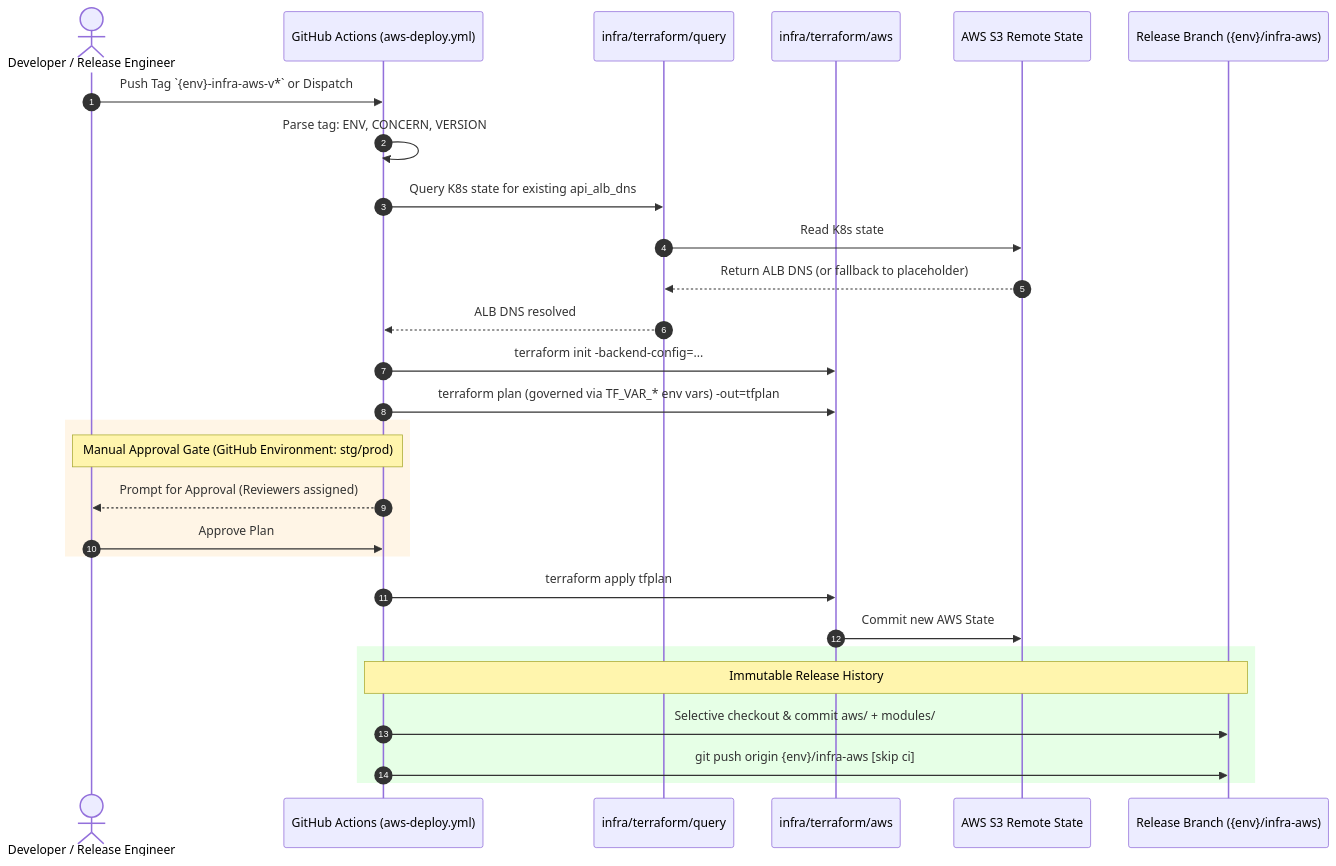
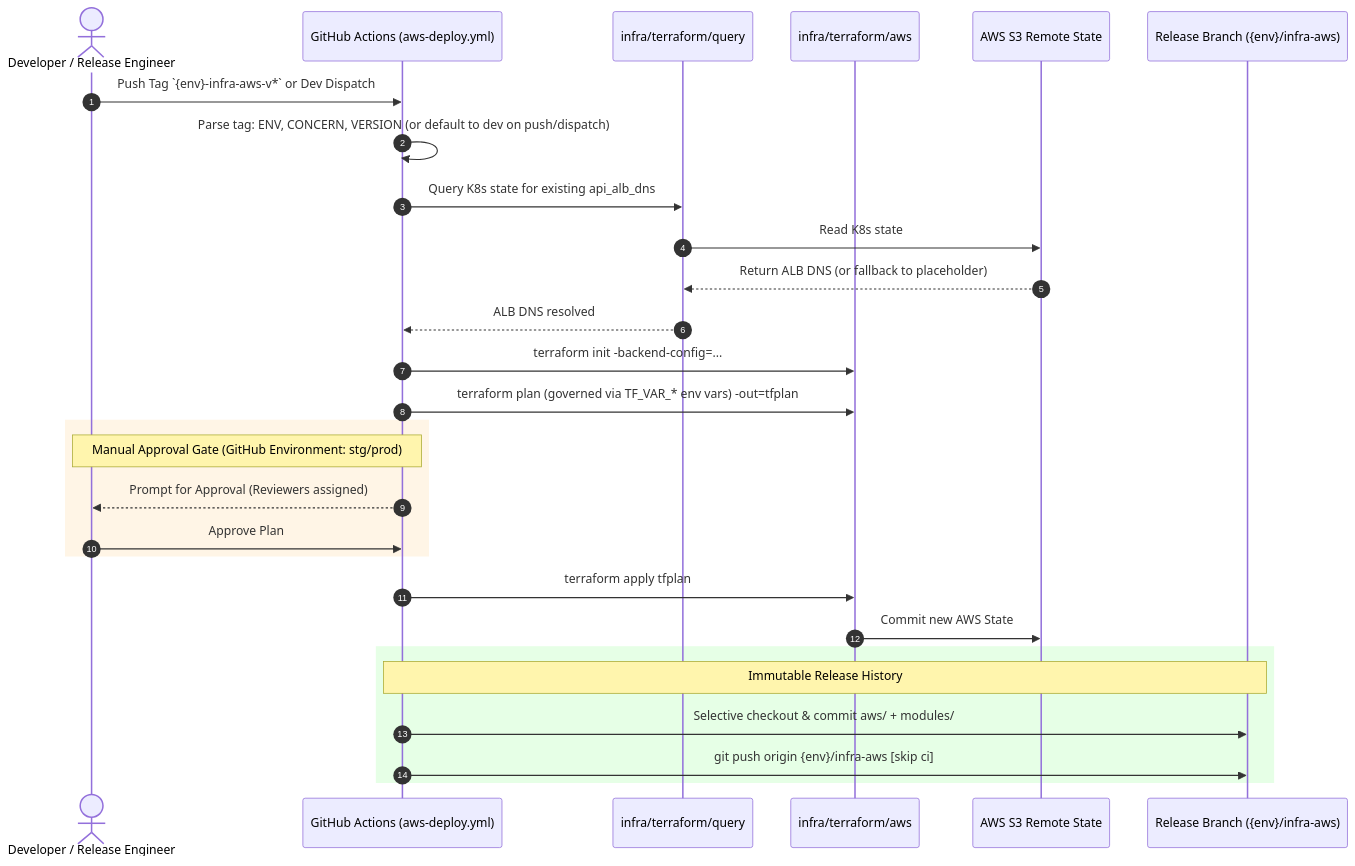
Before and after one commit to parth9218/Document-Intelligence-Platform: the first of 2 diagrams in docs/context/infrastructure-cicd-spec.md, drawn with Mermaid. The commit also changed other lines of this file and 15 other files, not shown here.

Commit message:
feat(cicd): removed manual workflow dispatch from environments except dev

````diff
--- a/docs/context/infrastructure-cicd-spec.md
+++ b/docs/context/infrastructure-cicd-spec.md
@@ -93,35 +93,35 @@
 ```mermaid
 sequenceDiagram
     autonumber
     actor Dev as Developer / Release Engineer
     participant GH as GitHub Actions (aws-deploy.yml)
     participant Query as infra/terraform/query
     participant AWS as infra/terraform/aws
     participant S3 as AWS S3 Remote State
     participant Git as Release Branch ({env}/infra-aws)
 
-    Dev->>GH: Push Tag `{env}-infra-aws-v*` or Dispatch
-    GH->>GH: Parse tag: ENV, CONCERN, VERSION
+    Dev->>GH: Push Tag `{env}-infra-aws-v*` or Dev Dispatch
+    GH->>GH: Parse tag: ENV, CONCERN, VERSION (or default to dev on push/dispatch)
     GH->>Query: Query K8s state for existing api_alb_dns
     Query->>S3: Read K8s state
     S3-->>Query: Return ALB DNS (or fallback to placeholder)
     Query-->>GH: ALB DNS resolved
     
     GH->>AWS: terraform init -backend-config=...
     GH->>AWS: terraform plan (governed via TF_VAR_* env vars) -out=tfplan
     
     rect rgb(255, 245, 230)
         Note over GH, Dev: Manual Approval Gate (GitHub Environment: stg/prod)
         GH-->>Dev: Prompt for Approval (Reviewers assigned)
         Dev->>GH: Approve Plan
     end
     
     GH->>AWS: terraform apply tfplan
     AWS->>S3: Commit new AWS State
     
     rect rgb(230, 255, 230)
         Note over GH, Git: Immutable Release History
         GH->>Git: Selective checkout & commit aws/ + modules/
         GH->>Git: git push origin {env}/infra-aws [skip ci]
     end
 ```
````
